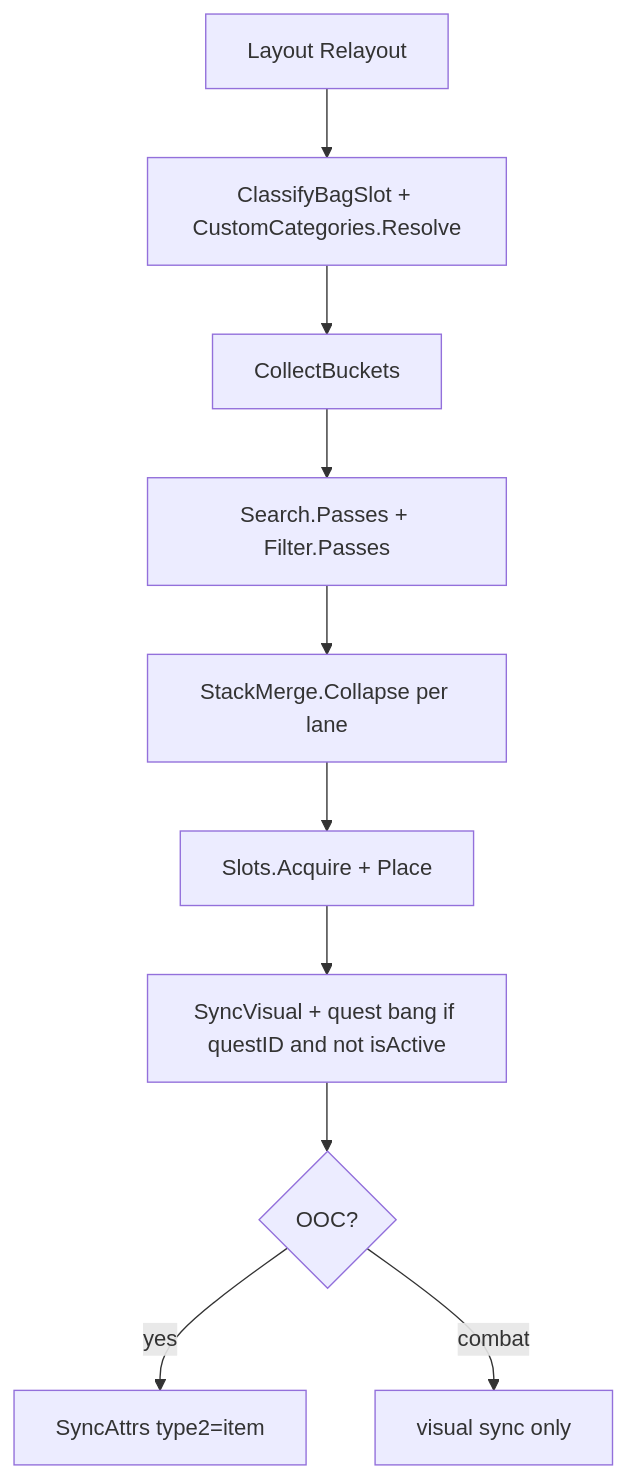
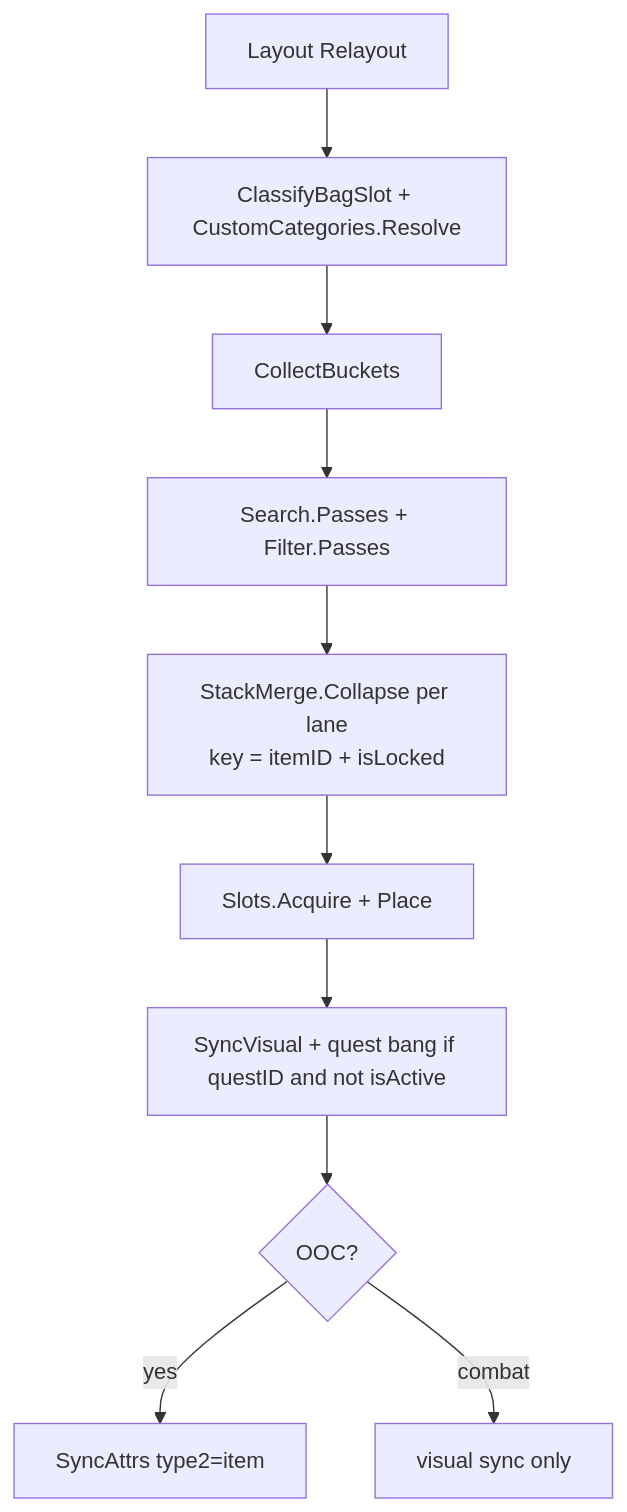
One commit to sirTurbisCZ/wow-forever-addons changed the second of 6 diagrams in addons/BetterBackpack/Docs/loops.md. Above: the diagram before and after it, drawn with Mermaid. The commit also changed other lines of this file and 4 other files, not shown here.

First line of the commit message:
BetterBackpack 1.2.1: split stack merge by isLocked

````diff
--- a/addons/BetterBackpack/Docs/loops.md
+++ b/addons/BetterBackpack/Docs/loops.md
@@ -42,13 +42,13 @@
 ```mermaid
 flowchart TD
   L[Layout Relayout]
   L --> Class[ClassifyBagSlot + CustomCategories.Resolve]
   Class --> Buckets[CollectBuckets]
   Buckets --> SF[Search.Passes + Filter.Passes]
-  SF --> Merge[StackMerge.Collapse per lane]
+  SF --> Merge[StackMerge.Collapse per lane<br/>key = itemID + isLocked]
   Merge --> Place[Slots.Acquire + Place]
   Place --> Visual[SyncVisual + quest bang if questID and not isActive]
   Visual --> Attrs{OOC?}
   Attrs -->|yes| Sync[SyncAttrs type2=item]
   Attrs -->|combat| Keep[visual sync only]
 ```
````
